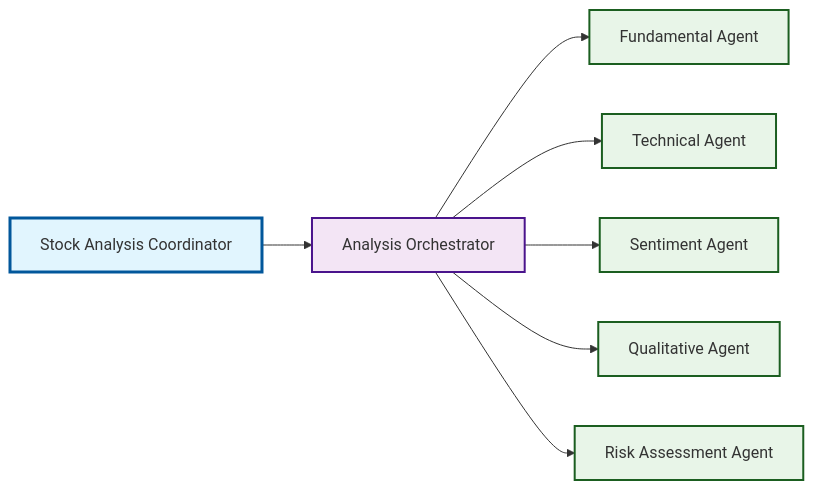
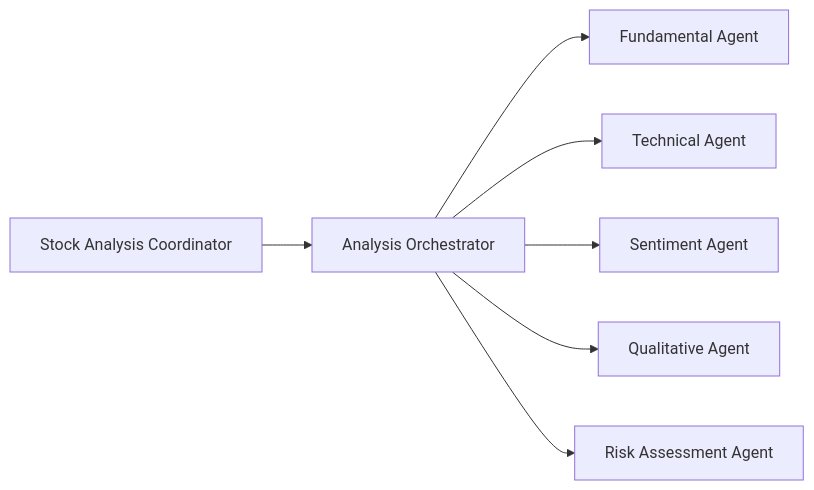
One commit to jayVisaria/genai-agent-hub changed the diagram in stock-analysis-agent/README.md. Above: the diagram before and after it, drawn with Mermaid.

````diff
--- a/stock-analysis-agent/README.md
+++ b/stock-analysis-agent/README.md
@@ -25,18 +25,10 @@
 ```mermaid
 graph LR
     A[Stock Analysis Coordinator] --> B[Analysis Orchestrator]
     
     B --> C[Fundamental Agent]
     B --> D[Technical Agent]
     B --> E[Sentiment Agent]
     B --> F[Qualitative Agent]
     B --> G[Risk Assessment Agent]
-    
-    classDef coordinator fill:#e1f5fe,stroke:#01579b,stroke-width:3px
-    classDef orchestrator fill:#f3e5f5,stroke:#4a148c,stroke-width:2px
-    classDef agent fill:#e8f5e8,stroke:#1b5e20,stroke-width:2px
-    
-    class A coordinator
-    class B orchestrator
-    class C,D,E,F,G agent
 ```
````
